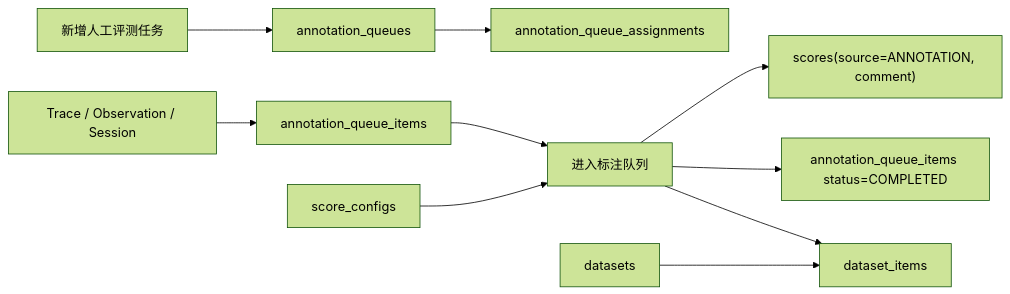
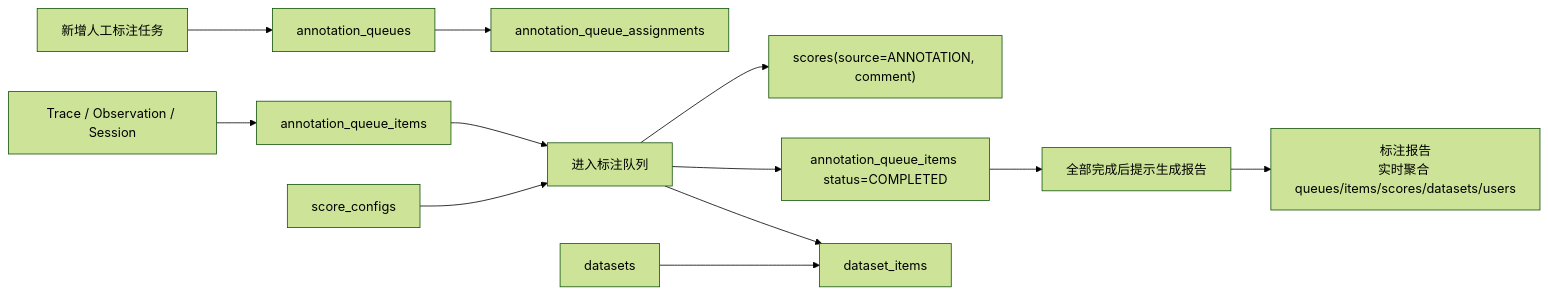
One commit to baiyizhong/eval-demo changed the diagram in docs/prd/人工标注模块需求描述.md. Above: the diagram before and after it, drawn with Mermaid (forest theme). The commit also changed other lines of this file and 3 other files, not shown here.

````diff
--- a/docs/prd/人工标注模块需求描述.md
+++ b/docs/prd/人工标注模块需求描述.md
@@ -503,12 +604,14 @@
 ```mermaid
 flowchart LR
-    CreateTask["新增人工评测任务"] --> Queue["annotation_queues"]
+    CreateTask["新增人工标注任务"] --> Queue["annotation_queues"]
     Queue --> Assign["annotation_queue_assignments"]
     Source["Trace / Observation / Session"] --> Item["annotation_queue_items"]
     Item --> Process["进入标注队列"]
     Config["score_configs"] --> Process
     Process --> Score["scores(source=ANNOTATION, comment)"]
     Process --> Complete["annotation_queue_items status=COMPLETED"]
     Process --> DatasetItem["dataset_items"]
     Dataset["datasets"] --> DatasetItem
+    Complete --> ReportPrompt["全部完成后提示生成报告"]
+    ReportPrompt --> Report["标注报告\n实时聚合 queues/items/scores/datasets/users"]
 ```
````
